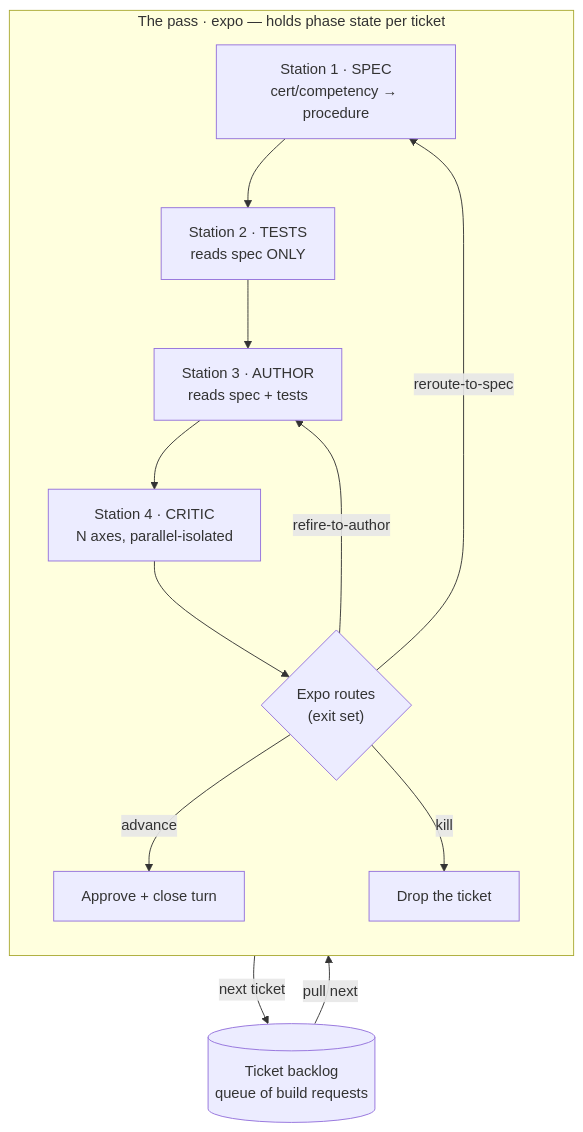
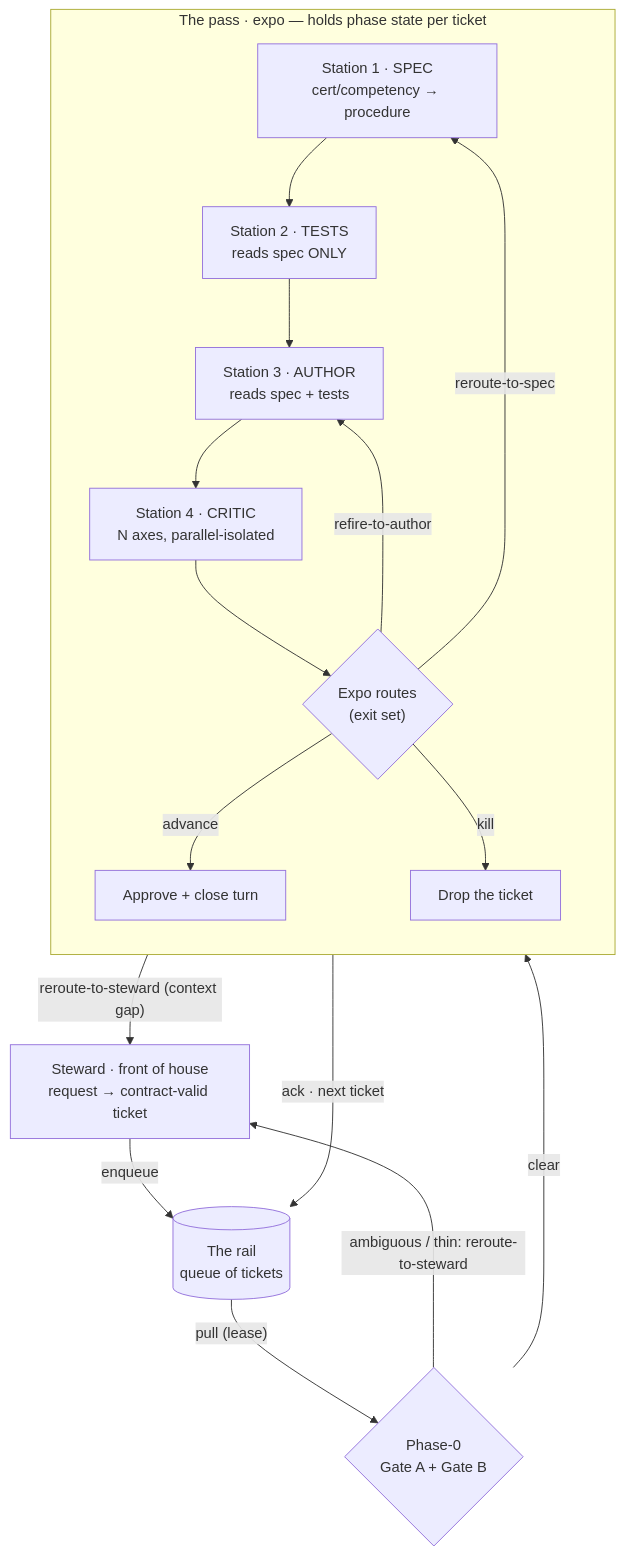
The first of 3 diagrams in plugins/skill-agent-brigade/README.md (RayDataCo/ray-plugins), drawn with Mermaid before and after one commit. The commit also changed other lines of this file and 11 other files, not shown here.

First line of the commit message:
Steward + TICKET-CONTRACT + rail queue semantics (hexagonal ports)

````diff
--- a/plugins/skill-agent-brigade/README.md
+++ b/plugins/skill-agent-brigade/README.md
@@ -17,16 +17,20 @@
 ```mermaid
 flowchart TB
-  BL[("Ticket backlog<br/>queue of build requests")] -->|pull next| ORCH
+  STW["Steward · front of house<br/>request → contract-valid ticket"] -->|enqueue| BL[("The rail<br/>queue of tickets")]
+  BL -->|"pull (lease)"| P0{"Phase-0<br/>Gate A + Gate B"}
+  P0 -- "ambiguous / thin: reroute-to-steward" --> STW
+  P0 -- clear --> ORCH
   subgraph ORCH["The pass · expo — holds phase state per ticket"]
     direction TB
     P1["Station 1 · SPEC<br/>cert/competency → procedure"] --> P2["Station 2 · TESTS<br/>reads spec ONLY"]
     P2 --> P3["Station 3 · AUTHOR<br/>reads spec + tests"]
     P3 --> P4["Station 4 · CRITIC<br/>N axes, parallel-isolated"]
     P4 --> V{"Expo routes<br/>(exit set)"}
     V -- "refire-to-author" --> P3
     V -- "reroute-to-spec" --> P1
     V -- "advance" --> DONE["Approve + close turn"]
     V -- "kill" --> DROP["Drop the ticket"]
   end
-  DONE -->|next ticket| BL
+  V -- "reroute-to-steward (context gap)" --> STW
+  DONE -->|"ack · next ticket"| BL
 ```
````
